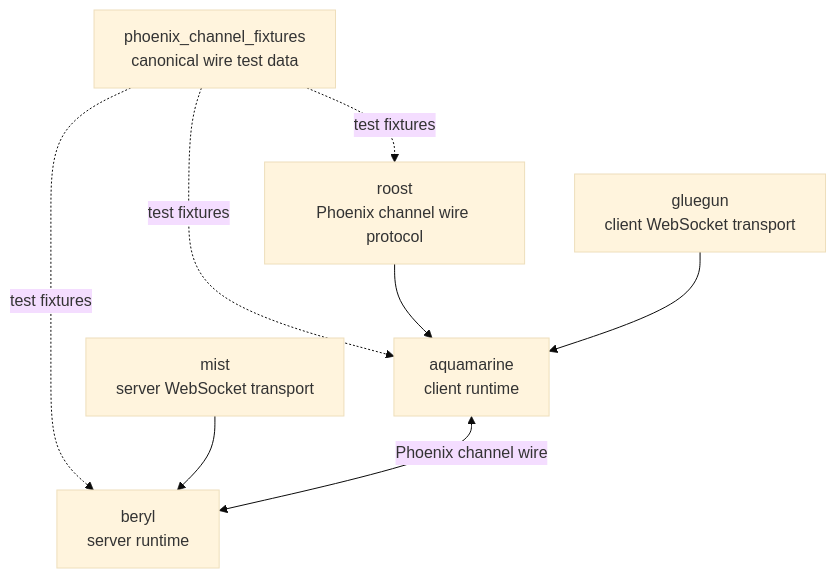
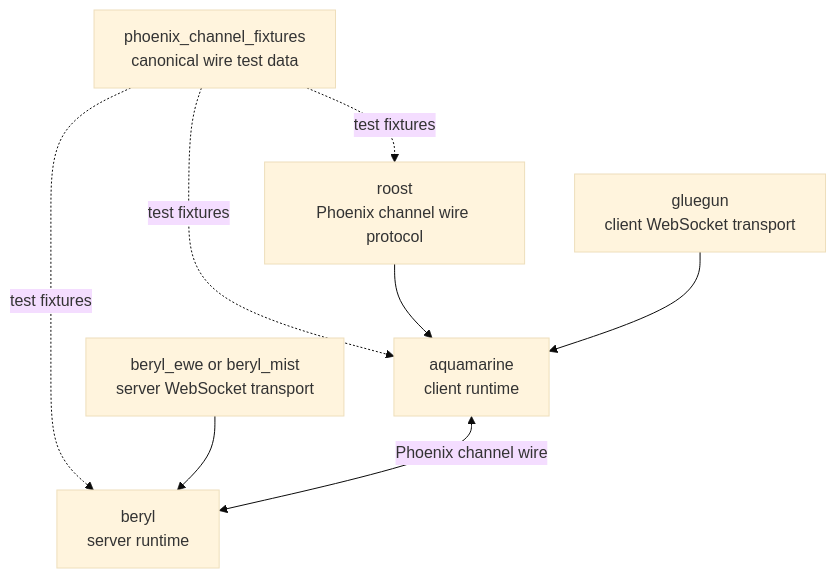
One commit to tylerbutler/beryl changed the diagram in README.md. Above: the diagram before and after it, drawn with Mermaid (base theme). The commit also changed other lines of this file and 76 other files, not shown here.

First line of the commit message:
feat(examples): make Ewe the default transport (#700)

````diff
--- a/README.md
+++ b/README.md
@@ -128,19 +127,19 @@
 ```mermaid
 flowchart TD
     fixtures["phoenix_channel_fixtures\ncanonical wire test data"]
     roost["roost\nPhoenix channel wire protocol"]
     beryl["beryl\nserver runtime"]
     aquamarine["aquamarine\nclient runtime"]
     gluegun["gluegun\nclient WebSocket transport"]
-    mist["mist\nserver WebSocket transport"]
+    transport["beryl_ewe or beryl_mist\nserver WebSocket transport"]
 
     fixtures -. "test fixtures" .-> roost
     fixtures -. "test fixtures" .-> beryl
     fixtures -. "test fixtures" .-> aquamarine
 
     roost --> aquamarine
-    mist --> beryl
+    transport --> beryl
     gluegun --> aquamarine
 
     aquamarine <-- "Phoenix channel wire" --> beryl
 ```
````
